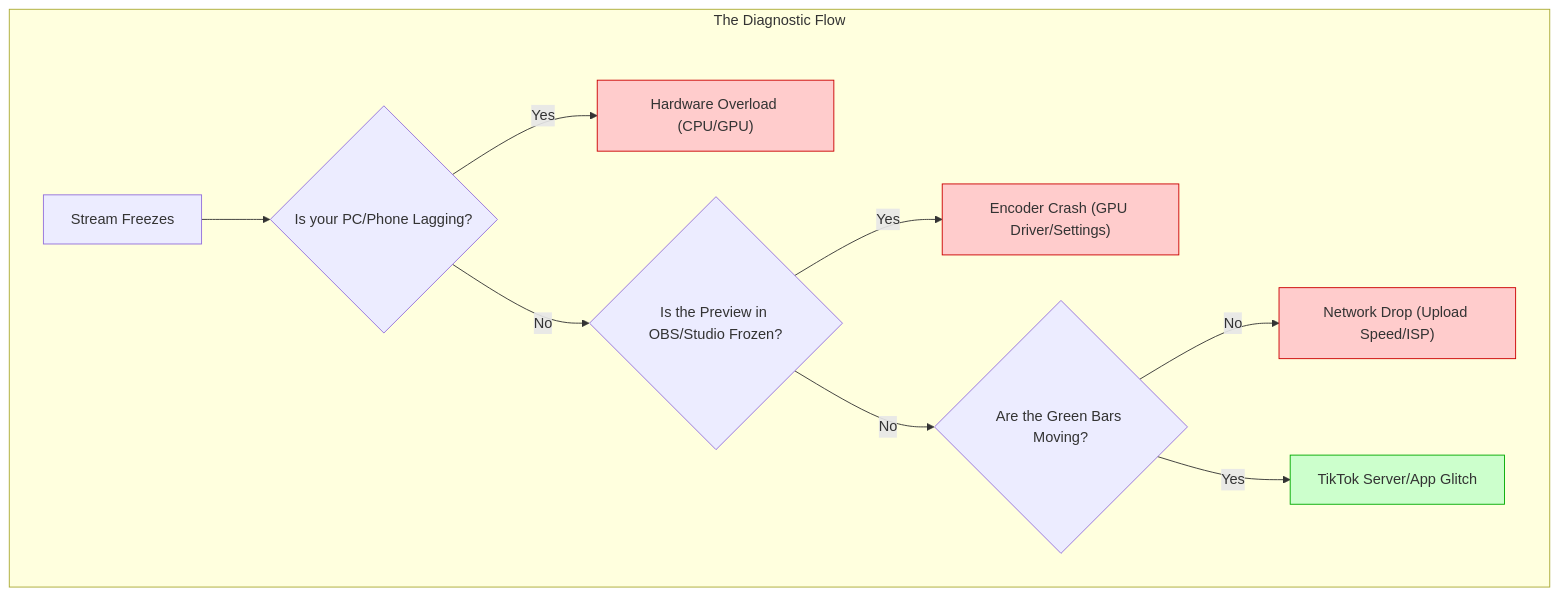
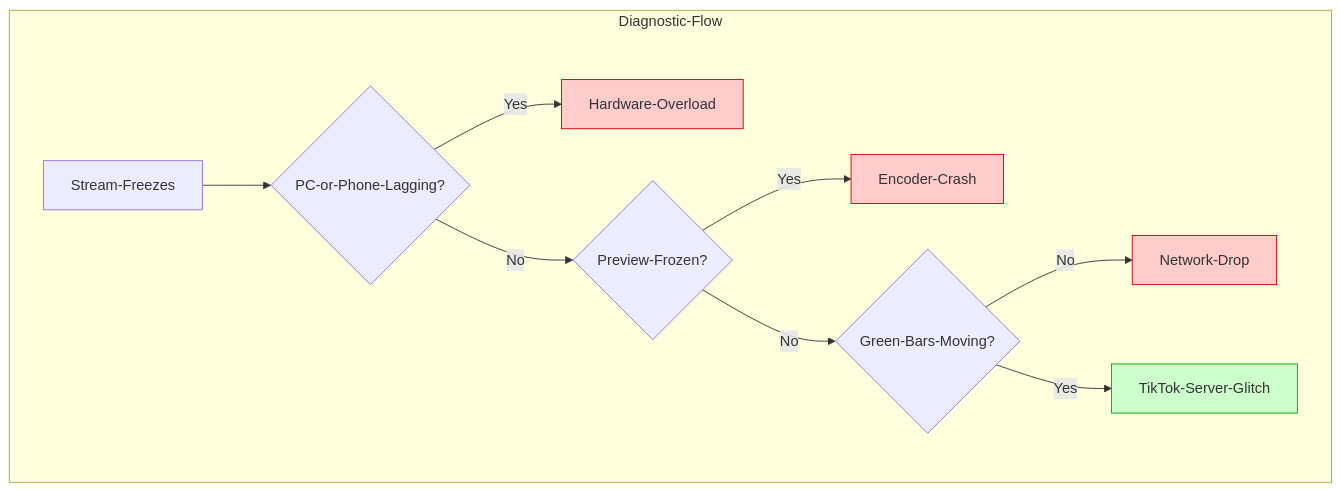
Before and after one commit to littl3-boat/ttwise: the diagram in data/blog/tiktok-live-freezing-diagnostic-fix-2026.mdx, drawn with Mermaid. The commit also changed 35 other files, not shown here.

First line of the commit message:
feat: fix Mermaid diagram syntax across blog posts and add new Reddit-sourced blog entries

````diff
--- a/data/blog/tiktok-live-freezing-diagnostic-fix-2026.mdx
+++ b/data/blog/tiktok-live-freezing-diagnostic-fix-2026.mdx
@@ -22,19 +22,19 @@
 ```mermaid
-graph TD
-    subgraph "The Diagnostic Flow"
-        A["Stream Freezes"] --> B{"Is your PC/Phone Lagging?"}
-        B -- "Yes" --> C["Hardware Overload (CPU/GPU)"]
-        B -- "No" --> D{"Is the Preview in OBS/Studio Frozen?"}
+flowchart TD
+    subgraph Diagnostic-Flow
+        A[Stream-Freezes] --> B{PC-or-Phone-Lagging?}
+        B -- Yes --> C[Hardware-Overload]
+        B -- No --> D{Preview-Frozen?}
         
-        D -- "Yes" --> E["Encoder Crash (GPU Driver/Settings)"]
-        D -- "No" --> F{"Are the Green Bars Moving?"}
+        D -- Yes --> E[Encoder-Crash]
+        D -- No --> F{Green-Bars-Moving?}
         
-        F -- "No" --> G["Network Drop (Upload Speed/ISP)"]
-        F -- "Yes" --> H["TikTok Server/App Glitch"]
+        F -- No --> G[Network-Drop]
+        F -- Yes --> H[TikTok-Server-Glitch]
     end
     
     style C fill:#ffcccc,stroke:#cc0000
     style E fill:#ffcccc,stroke:#cc0000
     style G fill:#ffcccc,stroke:#cc0000
     style H fill:#ccffcc,stroke:#00aa00
 ```
````
